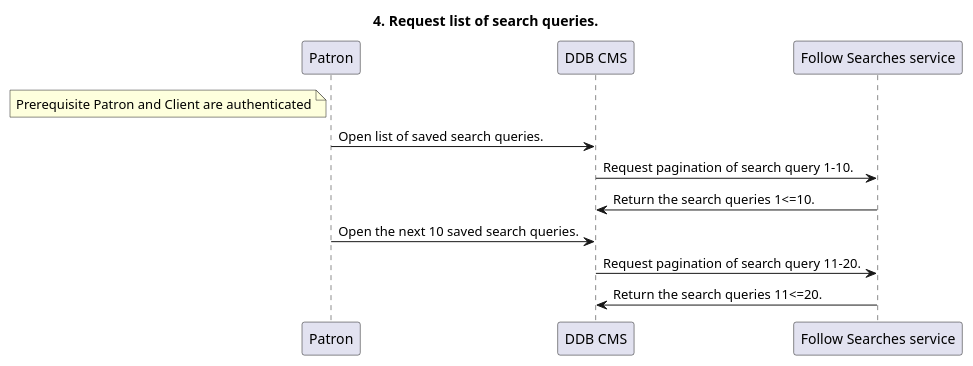
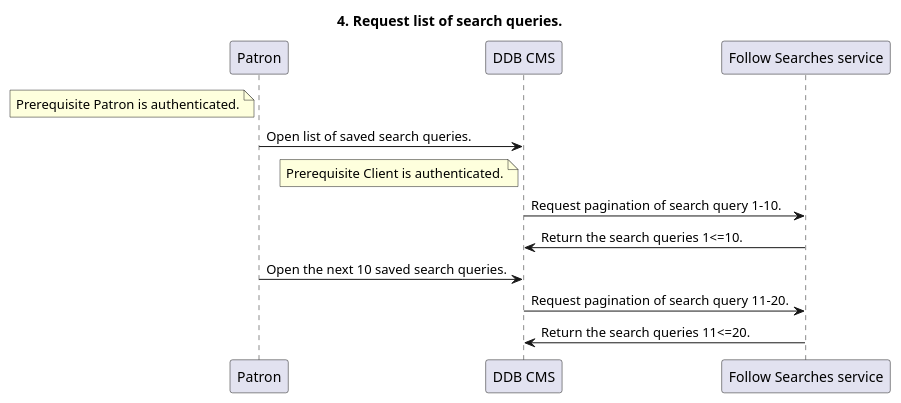
The fourth of 4 diagrams in plantuml/diagrams_openlist_follow-searches.puml (rolfmadsen/rolfmadsen.github.com), drawn with PlantUML before and after one commit. The commit also changed other lines of this file, not shown here.

Commit message:
Simplify flow for authentication of Patron and Client.

```diff
--- a/plantuml/diagrams_openlist_follow-searches.puml
+++ b/plantuml/diagrams_openlist_follow-searches.puml
@@ -69,15 +63,16 @@
 @startuml
 
     Title: 4. Request list of search queries.
         
-        Note left of Patron: Prerequisite Patron and Client are authenticated
+        Note left of Patron: Prerequisite Patron is authenticated.
+        "Patron"->"DDB CMS": Open list of saved search queries.
 
-        "Patron"->"DDB CMS": Open list of saved search queries.
+        Note left of "DDB CMS": Prerequisite Client is authenticated.
         "DDB CMS"->"Follow Searches service": Request pagination of search query 1-10.
         "Follow Searches service"->"DDB CMS": Return the search queries 1<=10.
 
         "Patron"->"DDB CMS": Open the next 10 saved search queries.
         "DDB CMS"->"Follow Searches service": Request pagination of search query 11-20.
         "Follow Searches service"->"DDB CMS": Return the search queries 11<=20.
 
 @enduml
```
